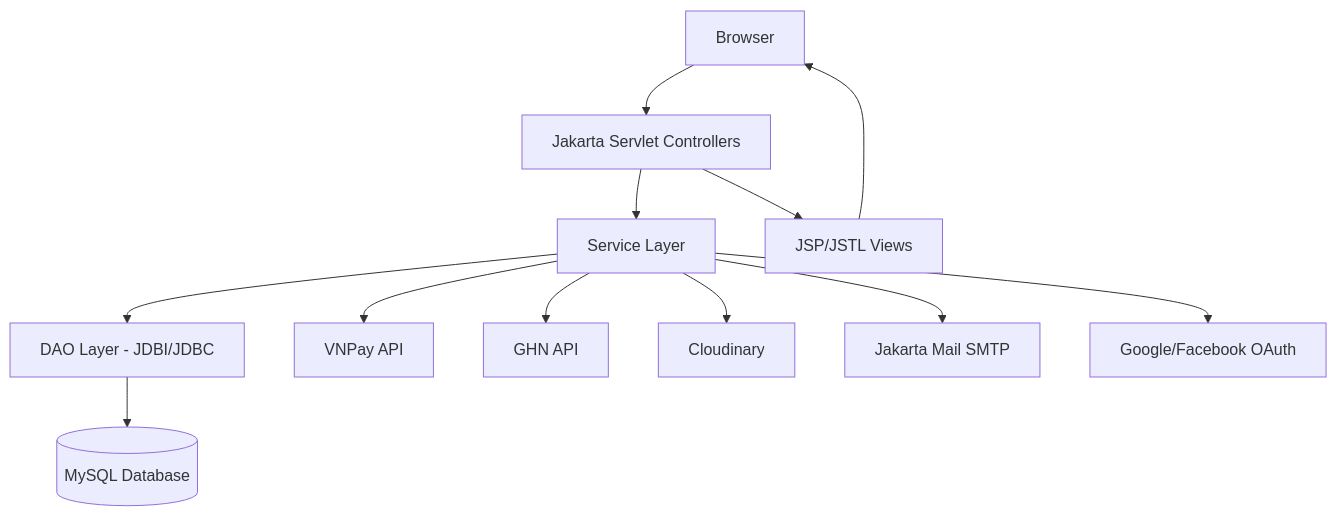
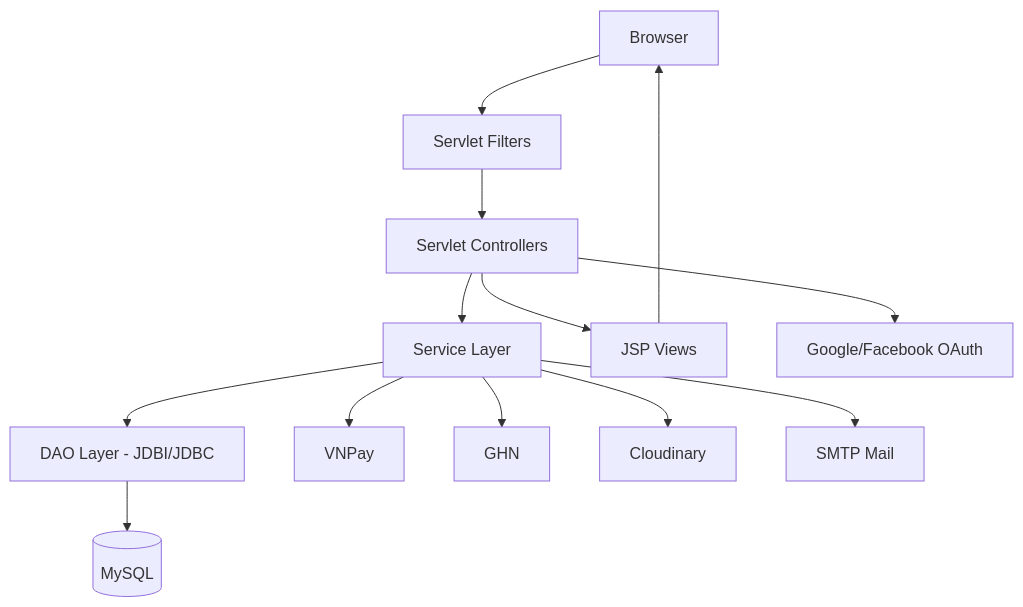
Before and after one commit to DucPhat0311/ThucTapWeb-2026: the first of 2 diagrams in README.md, drawn with Mermaid. The commit also changed other lines of this file, not shown here.

````diff
--- a/README.md
+++ b/README.md
@@ -88,15 +140,16 @@
 ```mermaid
 flowchart TD
-    Client[Browser] --> Controller[Jakarta Servlet Controllers]
+    Browser[Browser] --> Filter[Servlet Filters]
+    Filter --> Controller[Servlet Controllers]
     Controller --> Service[Service Layer]
     Service --> DAO[DAO Layer - JDBI/JDBC]
-    DAO --> DB[(MySQL Database)]
-    Controller --> JSP[JSP/JSTL Views]
-    JSP --> Client
+    DAO --> MySQL[(MySQL)]
+    Controller --> JSP[JSP Views]
+    JSP --> Browser
 
-    Service --> VNPay[VNPay API]
-    Service --> GHN[GHN API]
+    Service --> VNPay[VNPay]
+    Service --> GHN[GHN]
     Service --> Cloudinary[Cloudinary]
-    Service --> Mail[Jakarta Mail SMTP]
-    Service --> OAuth[Google/Facebook OAuth]
+    Service --> Mail[SMTP Mail]
+    Controller --> OAuth[Google/Facebook OAuth]
 ```
````
